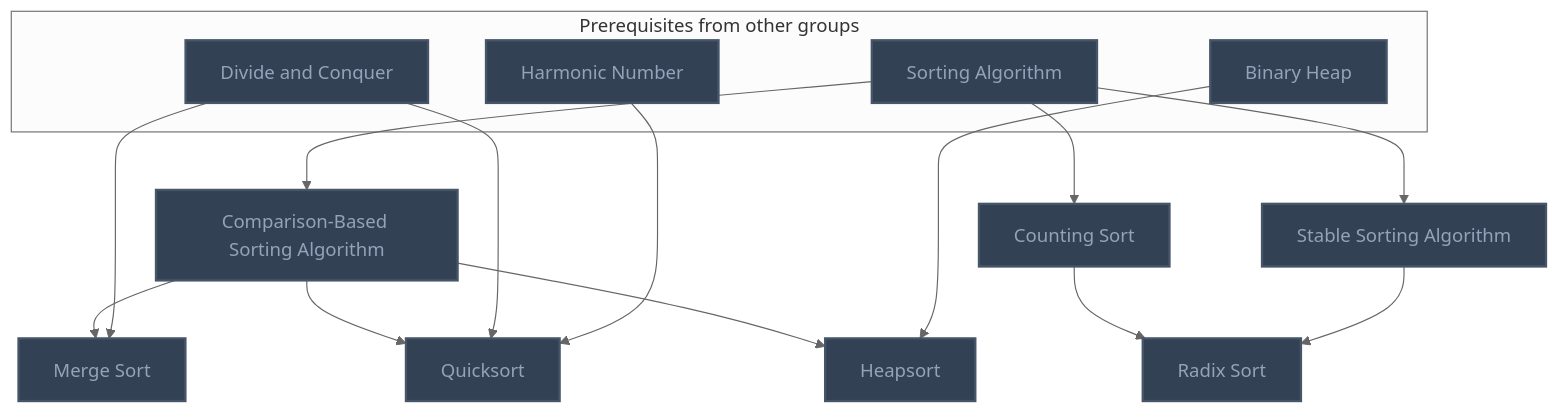
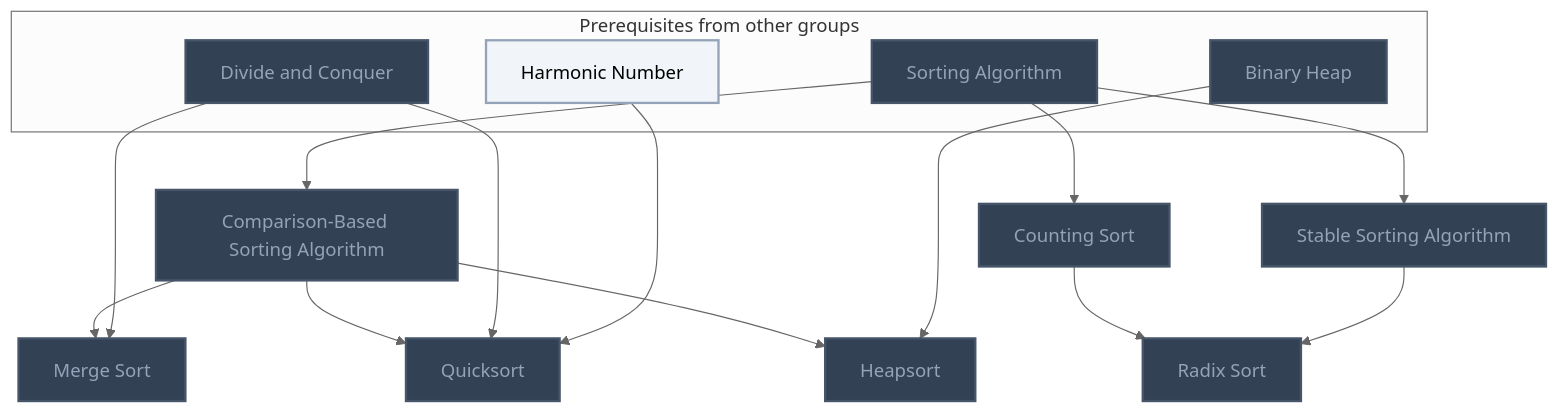
One commit to MRauf1/My-Notes changed diagram 13 of 17 in Gamification/Skill Trees/Data Structures and Algorithms.md. Above: the diagram before and after it, drawn with Mermaid (neutral theme). The commit also changed other lines of this file and 145 other files, not shown here.

````diff
--- a/Gamification/Skill Trees/Data Structures and Algorithms.md
+++ b/Gamification/Skill Trees/Data Structures and Algorithms.md
@@ -444,39 +450,40 @@
 ```mermaid
 flowchart TD
     classDef planned fill:#1E293B,stroke:#64748B,stroke-width:2px,stroke-dasharray:5 5,color:#94A3B8;
     classDef locked fill:#334155,stroke:#475569,stroke-width:2px,color:#94A3B8;
     classDef L0 fill:#F1F5F9,stroke:#94A3B8,stroke-width:2px,color:#000000;
     classDef L1 fill:#22C55E,stroke:#15803D,stroke-width:2px,color:#000000;
     classDef L2 fill:#3B82F6,stroke:#1D4ED8,stroke-width:3px,color:#FFFFFF;
     classDef L3 fill:#A855F7,stroke:#6B21A8,stroke-width:3px,color:#FFFFFF,font-weight:bold;
     classDef L4 fill:#F97316,stroke:#C2410C,stroke-width:4px,color:#000000,font-weight:bold;
     classDef L5 fill:#FFD700,stroke:#FF8C00,stroke-width:5px,color:#000000,font-weight:bold;
     classDef rusty stroke:#8B4513,stroke-width:4px,stroke-dasharray:3 3;
     subgraph sg_prereqs["Prerequisites from other groups"]
         n_sorting_algorithm["Sorting Algorithm"]
         n_divide_and_conquer["Divide and Conquer"]
         n_harmonic_number["Harmonic Number"]
         n_binary_heap["Binary Heap"]
     end
     n_comparison_based_sorting_algorithm["Comparison-Based Sorting Algorithm"]
     n_merge_sort["Merge Sort"]
     n_quicksort["Quicksort"]
     n_heapsort["Heapsort"]
     n_counting_sort["Counting Sort"]
     n_stable_sorting_algorithm["Stable Sorting Algorithm"]
     n_radix_sort["Radix Sort"]
     n_sorting_algorithm --> n_comparison_based_sorting_algorithm
     n_comparison_based_sorting_algorithm --> n_merge_sort
     n_divide_and_conquer --> n_merge_sort
     n_comparison_based_sorting_algorithm --> n_quicksort
     n_divide_and_conquer --> n_quicksort
     n_harmonic_number --> n_quicksort
     n_comparison_based_sorting_algorithm --> n_heapsort
     n_binary_heap --> n_heapsort
     n_sorting_algorithm --> n_counting_sort
     n_sorting_algorithm --> n_stable_sorting_algorithm
     n_counting_sort --> n_radix_sort
     n_stable_sorting_algorithm --> n_radix_sort
-    class n_sorting_algorithm,n_divide_and_conquer,n_harmonic_number,n_binary_heap,n_comparison_based_sorting_algorithm,n_merge_sort,n_quicksort,n_heapsort,n_counting_sort,n_stable_sorting_algorithm,n_radix_sort locked;
+    class n_sorting_algorithm,n_divide_and_conquer,n_binary_heap,n_comparison_based_sorting_algorithm,n_merge_sort,n_quicksort,n_heapsort,n_counting_sort,n_stable_sorting_algorithm,n_radix_sort locked;
+    class n_harmonic_number L0;
     class n_sorting_algorithm,n_divide_and_conquer,n_harmonic_number,n_binary_heap,n_comparison_based_sorting_algorithm,n_merge_sort,n_quicksort,n_heapsort,n_counting_sort,n_stable_sorting_algorithm,n_radix_sort internal-link;
 ```
````
